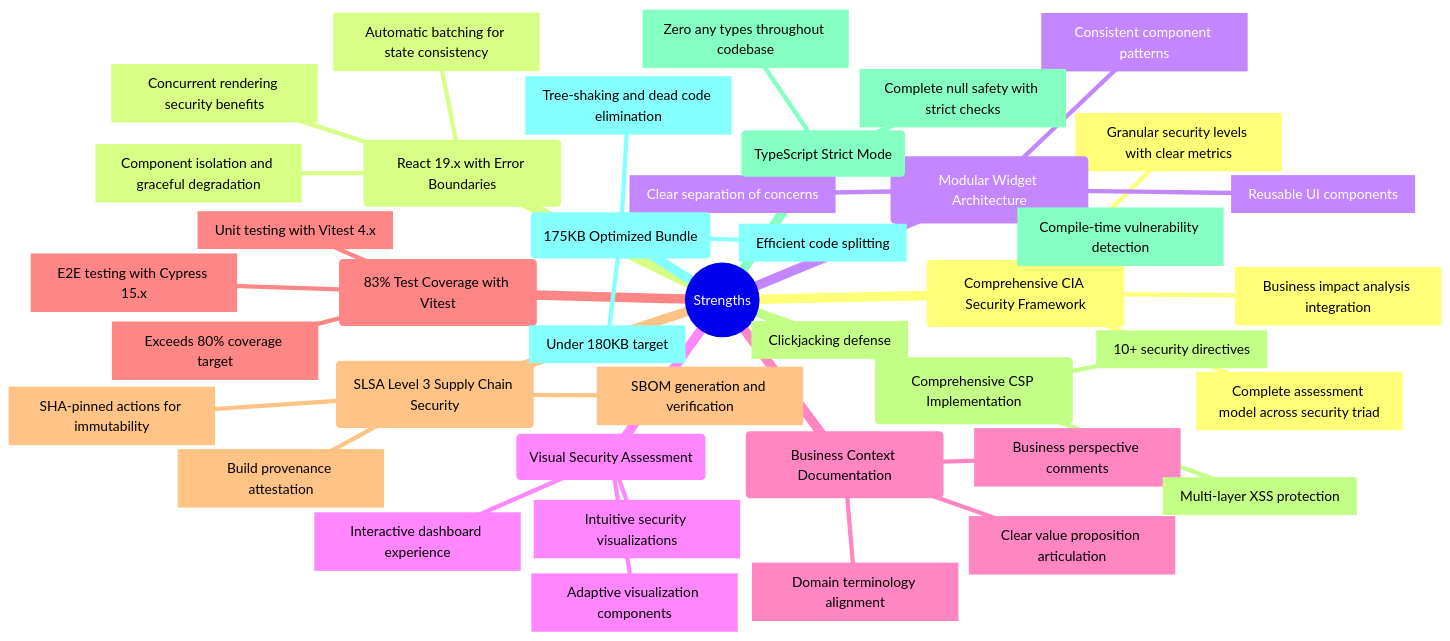
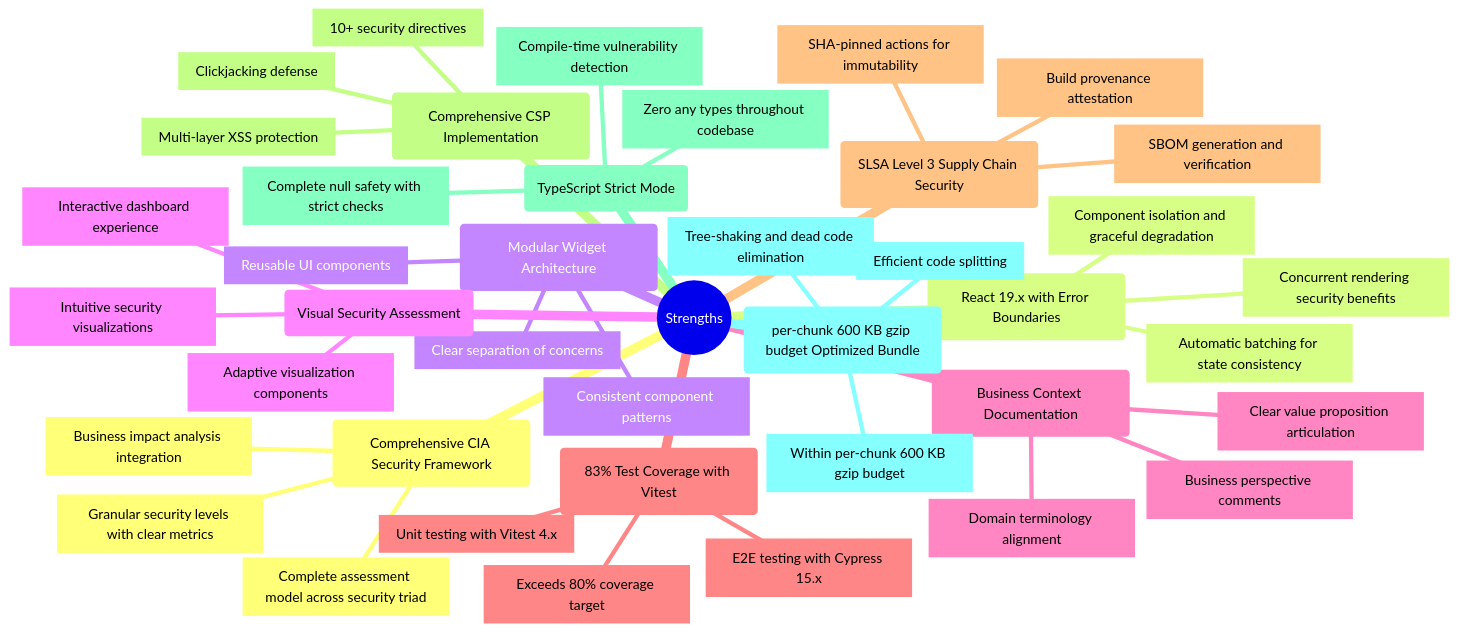
Before and after one commit to step-security-bot/cia-compliance-manager: the third of 7 diagrams in docs/architecture/SWOT.md, drawn with Mermaid. The commit also changed other lines of this file and 12 other files, not shown here.

````diff
--- a/docs/architecture/SWOT.md
+++ b/docs/architecture/SWOT.md
@@ -158,44 +159,44 @@
 ```mermaid
 mindmap
   root((Strengths))
     id1(Comprehensive CIA Security Framework)
       id1.1[Complete assessment model across security triad]
       id1.2[Granular security levels with clear metrics]
       id1.3[Business impact analysis integration]
     id2(React 19.x with Error Boundaries)
       id2.1[Component isolation and graceful degradation]
       id2.2[Concurrent rendering security benefits]
       id2.3[Automatic batching for state consistency]
     id3(Modular Widget Architecture)
       id3.1[Reusable UI components]
       id3.2[Consistent component patterns]
       id3.3[Clear separation of concerns]
     id4(Visual Security Assessment)
       id4.1[Intuitive security visualizations]
       id4.2[Interactive dashboard experience]
       id4.3[Adaptive visualization components]
     id5(Business Context Documentation)
       id5.1[Business perspective comments]
       id5.2[Clear value proposition articulation]
       id5.3[Domain terminology alignment]
     id6(83% Test Coverage with Vitest)
       id6.1[Unit testing with Vitest 4.x]
       id6.2[E2E testing with Cypress 15.x]
       id6.3[Exceeds 80% coverage target]
     id7(SLSA Level 3 Supply Chain Security)
       id7.1[Build provenance attestation]
       id7.2[SBOM generation and verification]
       id7.3[SHA-pinned actions for immutability]
     id8(Comprehensive CSP Implementation)
       id8.1[10+ security directives]
       id8.2[Multi-layer XSS protection]
       id8.3[Clickjacking defense]
     id9(TypeScript Strict Mode)
       id9.1[Zero any types throughout codebase]
       id9.2[Complete null safety with strict checks]
       id9.3[Compile-time vulnerability detection]
-    id10(175KB Optimized Bundle)
+    id10(per-chunk 600 KB gzip budget Optimized Bundle)
       id10.1[Tree-shaking and dead code elimination]
       id10.2[Efficient code splitting]
-      id10.3[Under 180KB target]
+      id10.3[Within per-chunk 600 KB gzip budget]
 ```
````
